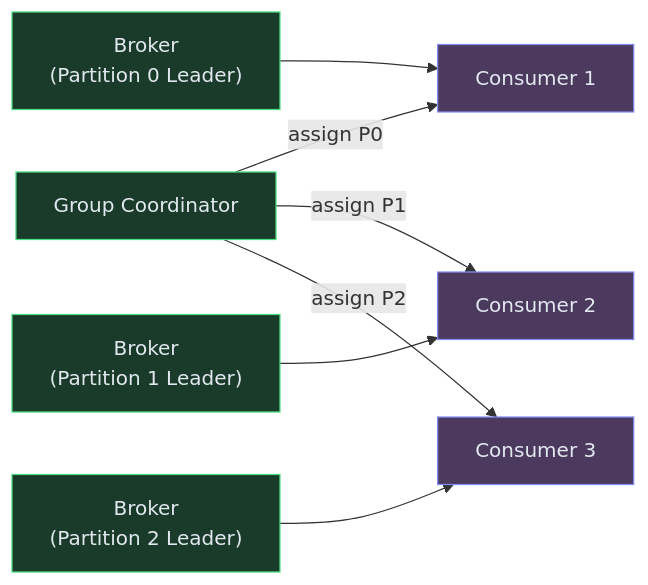
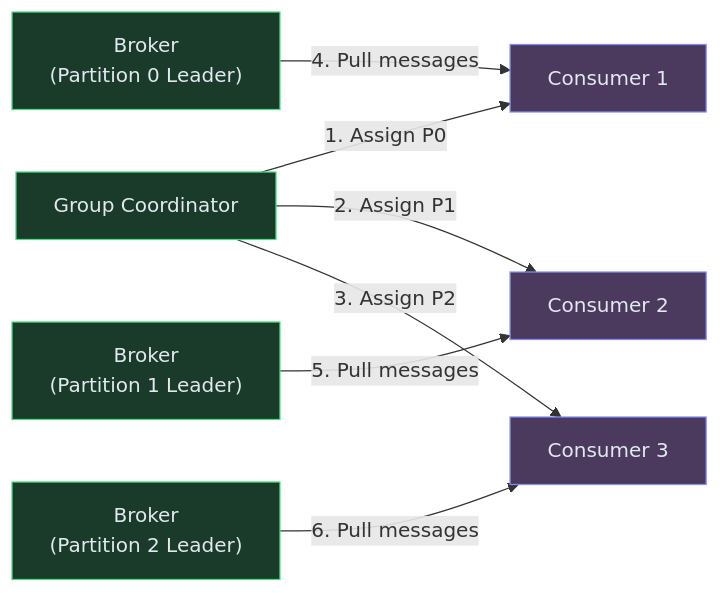
Before and after one commit to iluzn/HLD-Designs: the third of 7 diagrams in content/hld/MessageQueue.md, drawn with Mermaid. The commit also changed other lines of this file and 27 other files, not shown here.

````diff
--- a/content/hld/MessageQueue.md
+++ b/content/hld/MessageQueue.md
@@ -201,20 +201,20 @@
 ```mermaid
 flowchart LR
     LEADER["Broker<br/>(Partition 0 Leader)"]:::service
     LEADER2["Broker<br/>(Partition 1 Leader)"]:::service
     LEADER3["Broker<br/>(Partition 2 Leader)"]:::service
     C1["Consumer 1"]:::client
     C2["Consumer 2"]:::client
     C3["Consumer 3"]:::client
     COORD["Group Coordinator"]:::service
 
-    COORD -->|"assign P0"| C1
-    COORD -->|"assign P1"| C2
-    COORD -->|"assign P2"| C3
-    LEADER --> C1
-    LEADER2 --> C2
-    LEADER3 --> C3
+    COORD -->|"1. Assign P0"| C1
+    COORD -->|"2. Assign P1"| C2
+    COORD -->|"3. Assign P2"| C3
+    LEADER -->|"4. Pull messages"| C1
+    LEADER2 -->|"5. Pull messages"| C2
+    LEADER3 -->|"6. Pull messages"| C3
 
     classDef client fill:#4c3a5e,stroke:#818cf8,color:#e2e8f0
     classDef service fill:#1a3a2a,stroke:#4ade80,color:#e2e8f0
 ```
````
